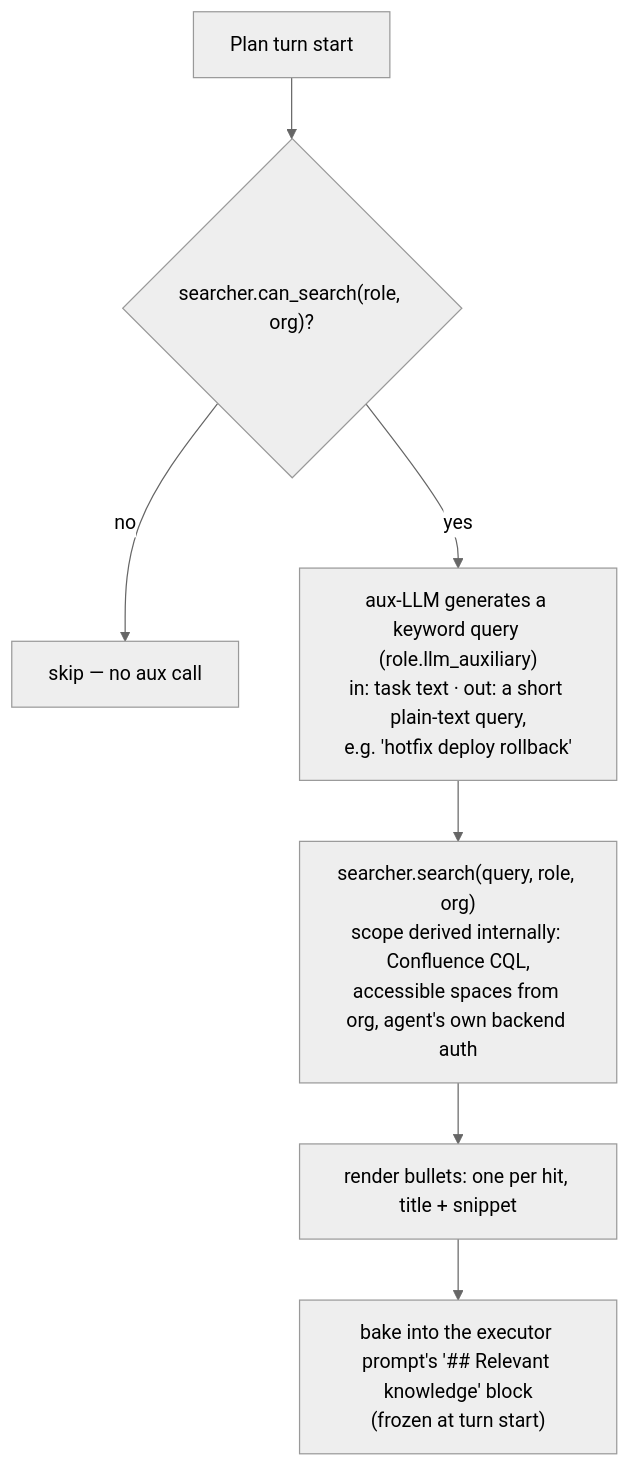
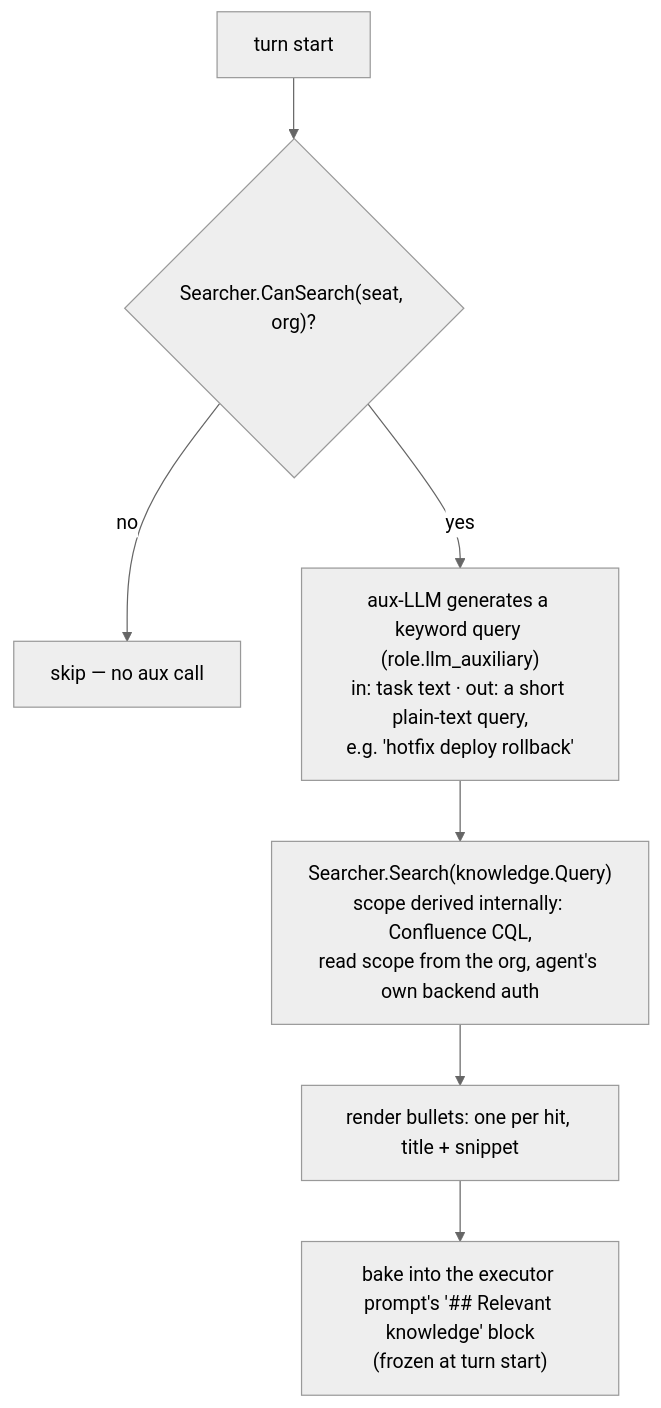
Before and after one commit to crewlet/crewlet: the second of 2 diagrams in docs/concepts/agent-learning.md, drawn with Mermaid (neutral theme). The commit also changed other lines of this file and 4 other files, not shown here.

````diff
--- a/docs/concepts/agent-learning.md
+++ b/docs/concepts/agent-learning.md
@@ -248,9 +253,9 @@
 ```mermaid
 flowchart TD
-    A["Plan turn start"] --> B{"searcher.can_search(role, org)?"}
+    A["turn start"] --> B{"Searcher.CanSearch(seat, org)?"}
     B -->|no| SKIP["skip — no aux call"]
     B -->|yes| C["aux-LLM generates a keyword query (role.llm_auxiliary)<br/>in: task text · out: a short plain-text query,<br/>e.g. 'hotfix deploy rollback'"]
-    C --> D["searcher.search(query, role, org)<br/>scope derived internally: Confluence CQL,<br/>accessible spaces from org, agent's own backend auth"]
+    C --> D["Searcher.Search(knowledge.Query)<br/>scope derived internally: Confluence CQL,<br/>read scope from the org, agent's own backend auth"]
     D --> E["render bullets: one per hit, title + snippet"]
     E --> F["bake into the executor prompt's '## Relevant knowledge' block<br/>(frozen at turn start)"]
 ```
````
